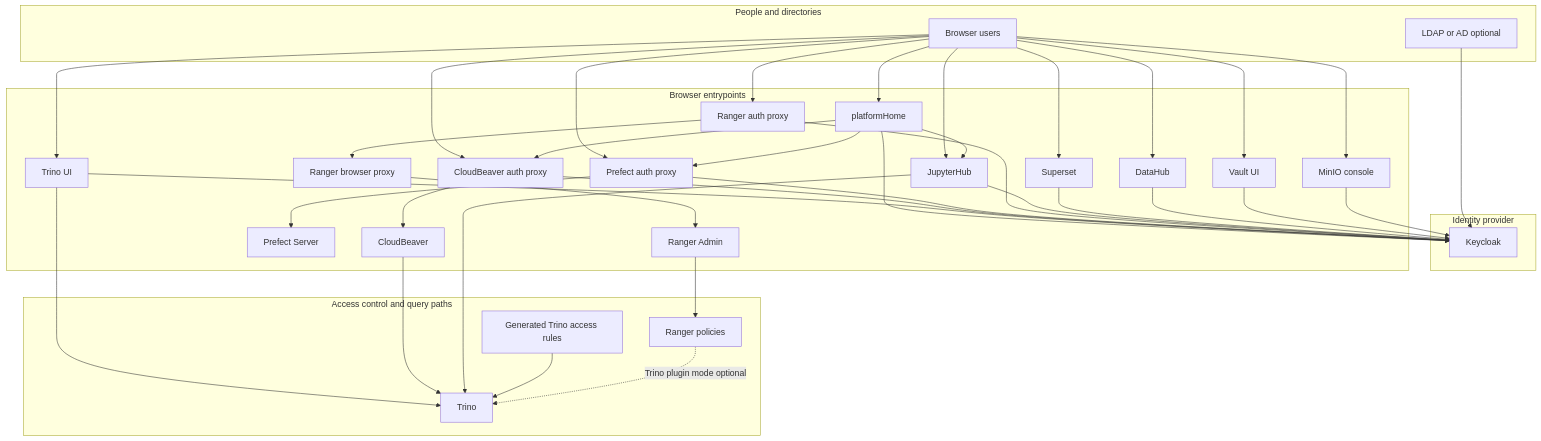
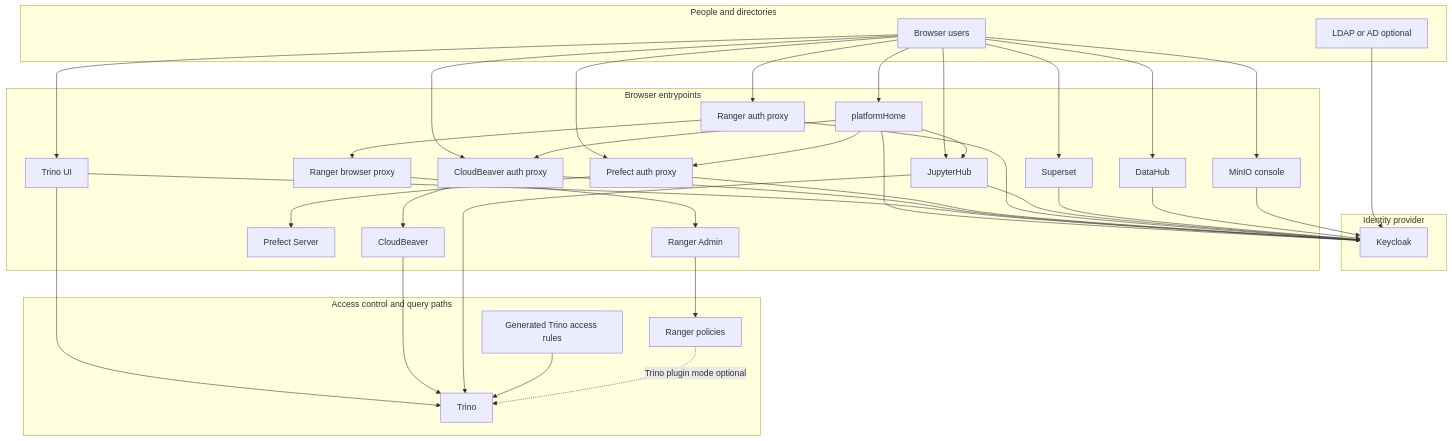
One commit to sanger-pathogens/dlh-in-a-box-umbrella-helm-chart changed the third of 3 diagrams in README.md. Above: the diagram before and after it, drawn with Mermaid. The commit also changed other lines of this file and 2 other files, not shown here.

Commit message:
Remove vault keyword from citation metadata and license info

````diff
--- a/README.md
+++ b/README.md
@@ -404,74 +398,71 @@
 ```mermaid
 flowchart TD
   subgraph People["People and directories"]
     Users[Browser users]
     LDAPUsers[LDAP or AD optional]
   end
 
   subgraph IdentityFlow["Identity provider"]
     KeycloakFlow[Keycloak]
   end
 
   subgraph BrowserFlows["Browser entrypoints"]
     PortalFlow[platformHome]
     TrinoUiFlow[Trino UI]
     CloudBeaverProxyFlow[CloudBeaver auth proxy]
     CloudBeaverFlow[CloudBeaver]
     PrefectProxyFlow[Prefect auth proxy]
     PrefectFlow[Prefect Server]
     RangerProxyFlow[Ranger auth proxy]
     RangerBrowserFlow[Ranger browser proxy]
     RangerAdminFlow[Ranger Admin]
     JupyterFlow[JupyterHub]
     SupersetFlow[Superset]
     DataHubFlow[DataHub]
-    VaultFlow[Vault UI]
     MinioFlow[MinIO console]
   end
 
   subgraph Control["Access control and query paths"]
     RangerPolicies[Ranger policies]
     GeneratedRules[Generated Trino access rules]
     TrinoFlow[Trino]
   end
 
   LDAPUsers --> KeycloakFlow
 
   Users --> PortalFlow
   Users --> TrinoUiFlow
   Users --> CloudBeaverProxyFlow
   Users --> PrefectProxyFlow
   Users --> RangerProxyFlow
   Users --> JupyterFlow
   Users --> SupersetFlow
   Users --> DataHubFlow
-  Users --> VaultFlow
   Users --> MinioFlow
 
   PortalFlow --> KeycloakFlow
   TrinoUiFlow --> KeycloakFlow
   CloudBeaverProxyFlow --> KeycloakFlow
   PrefectProxyFlow --> KeycloakFlow
   RangerProxyFlow --> KeycloakFlow
   JupyterFlow --> KeycloakFlow
   SupersetFlow --> KeycloakFlow
   DataHubFlow --> KeycloakFlow
-  VaultFlow --> KeycloakFlow
   MinioFlow --> KeycloakFlow
 
   PortalFlow --> CloudBeaverProxyFlow
   PortalFlow --> PrefectProxyFlow
   PortalFlow --> JupyterFlow
 
   TrinoUiFlow --> TrinoFlow
   CloudBeaverProxyFlow --> CloudBeaverFlow
   CloudBeaverFlow --> TrinoFlow
   PrefectProxyFlow --> PrefectFlow
   RangerProxyFlow --> RangerBrowserFlow
   RangerBrowserFlow --> RangerAdminFlow
   JupyterFlow --> TrinoFlow
 
   RangerAdminFlow --> RangerPolicies
   GeneratedRules --> TrinoFlow
   RangerPolicies -. Trino plugin mode optional .-> TrinoFlow
 ```
````
